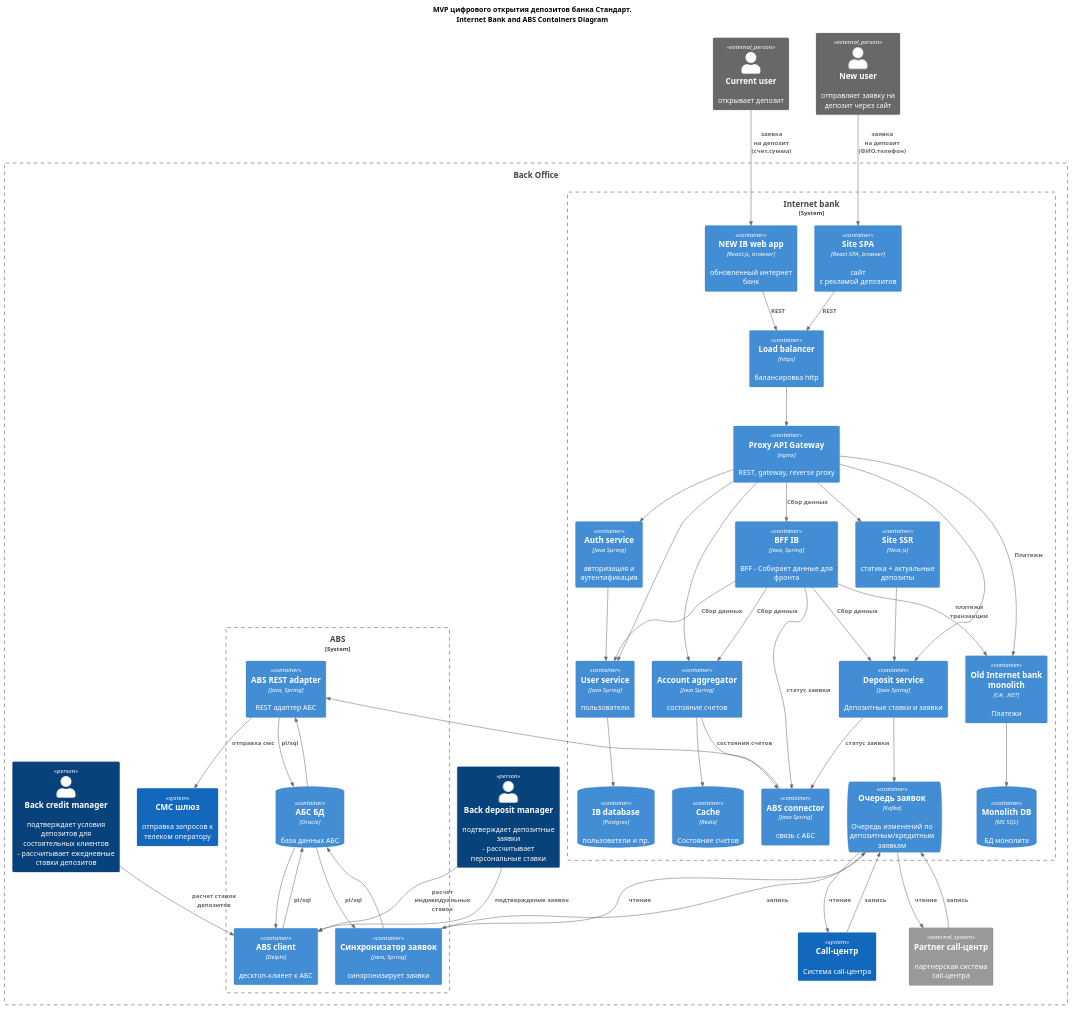
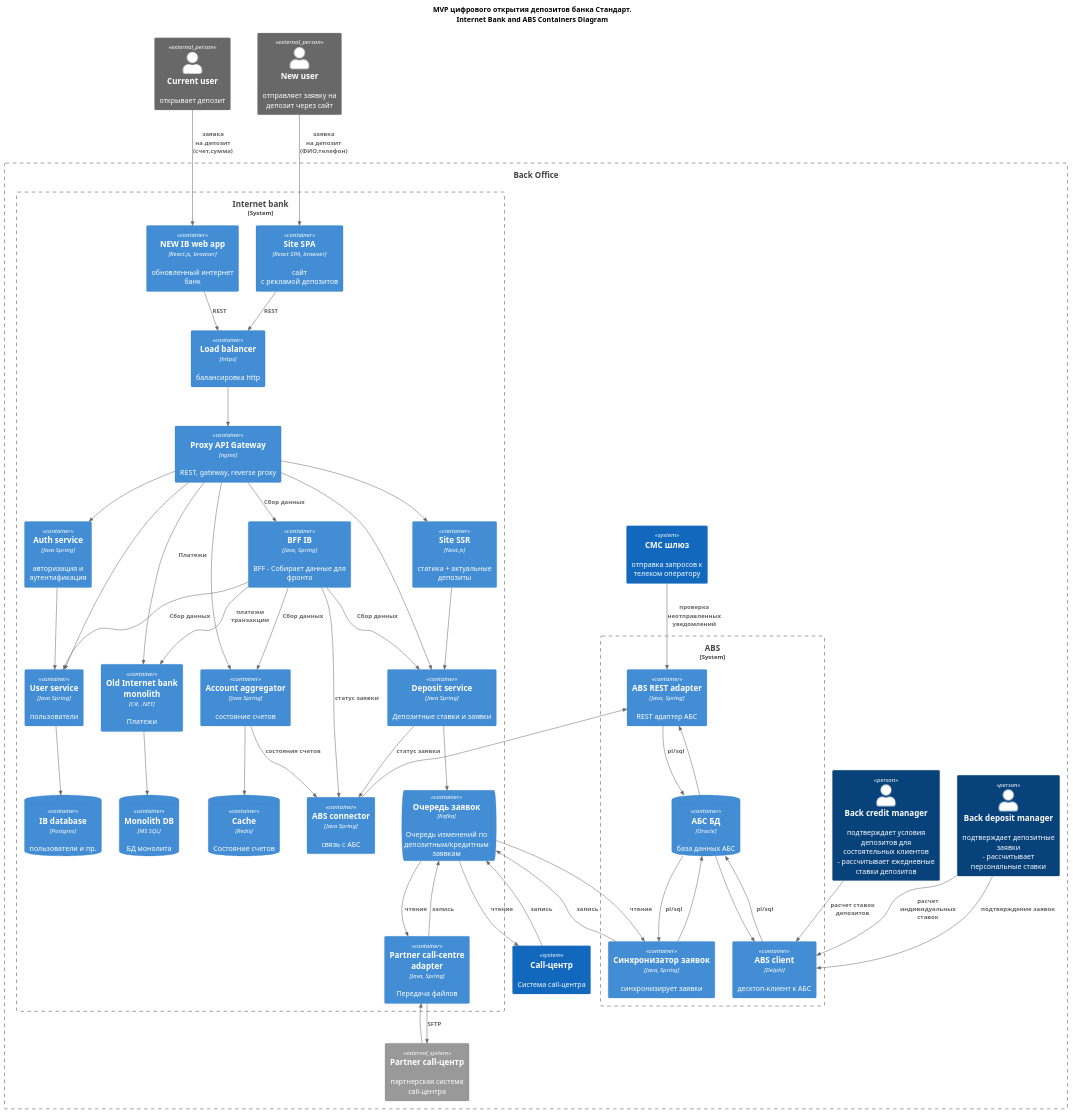
One commit to andreevcode/03_arch-pro-standart changed the diagram in Task_3/C4.2_containers_deposit.puml. Above: the diagram before and after it, drawn with PlantUML. The commit also changed 11 other files, not shown here.

First line of the commit message:
03_bank_standard: task_4 - deposit rates delivery adr with roadmap

```diff
--- a/Task_3/C4.2_containers_deposit.puml
+++ b/Task_3/C4.2_containers_deposit.puml
@@ -1,115 +1,119 @@
 @startuml
 title "MVP цифрового открытия депозитов банка Стандарт.\nInternet Bank and ABS Containers Diagram"
 
 top to bottom direction
 
 !include https://raw.githubusercontent.com/plantuml-stdlib/C4-PlantUML/master/C4_Container.puml
 
 Person_Ext(current_user, "Current user", "открывает депозит")
 Person_Ext(new_user, "New user", "отправляет заявку на депозит через сайт")
 
 Boundary(back_office, "Back Office", "") {
     System_Ext(partner_call_centre, "Partner call-центр", "партнерская система call-центра")
     System(sms_gateway, "СМС шлюз", "отправка запросов к телеком оператору")
     System(call_centre, "Call-центр", "Cистема call-центра")
 
     Person(back_deposit_manager, "Back deposit manager", "подтверждает депозитные заявки\n- рассчитывает персональные ставки")
     Person(back_credit_manager, "Back credit manager", "подтверждает условия депозитов для состоятельных клиентов\n- рассчитывает ежедневные ставки депозитов")
 
     Boundary(internet_bank, "Internet bank", "System") {
         Container(lb, "Load balancer", "https", "балансировка http")
         Container(proxy_api, "Proxy API Gateway", "nginx", "REST, gateway, reverse proxy")
         Container(auth_service, "Auth service", Java Spring, "авторизация и аутентификация")
         Container(user_service, "User service", Java Spring, "пользователи")
         Container(account_aggregator, "Account aggregator", Java Spring, "состояние счетов")
-        Container(abs_connector, "ABS connector", Java Spring, "связь с АБС")
+        Container(abs_connector, "ABS connector", "Java Spring", "связь с АБС")
+
 
         Container(front_ib, "NEW IB web app", "React.js, browser", "обновленный интернет банк")
         Container(front_site, "Site SPA", "React SPA, browser", "сайт\nс рекламой депозитов")
 
         Container(bff_ib, "BFF IB", "Java, Spring", "BFF - Собирает данные для фронта")
         Container(site, "Site SSR", "Next.js", "статика + актуальные депозиты")
 
         Container(deposit_service, "Deposit service", Java Spring, "Депозитные ставки и заявки")
 
         Container(monolith, "Old Internet bank monolith", "C#, .NET", "Платежи")
 
         ContainerDb(ic_db, "IB database", "Postgres", "пользователи и пр.")
         ContainerDb(monolith_db, "Monolith DB", "MS SQL", "БД монолита")
         ContainerDb(ib_cache, "Cache", "Redis", "Состояние счетов")
 
         ContainerQueue(requests_queue, "Очередь заявок", Kafka, "Очередь изменений по депозитным/кредитным заявкам ")
-
+        Container(partner_call_adapter, "Partner call-centre adapter", "Java, Spring", "Передача файлов")
     }
 
     Boundary(abs, "ABS", "System") {
          Container(abs_adapter, "ABS REST adapter", "Java, Spring", "REST адаптер АБС")
          Container(abs_client, "ABS client", Delphi, "десктоп-клиент к АБС")
          ContainerDb(abs_db, "АБС БД", Oracle, "база данных АБС")
          Container(request_synchronizer, "Синхронизатор заявок", "Java, Spring", "синхронизирует заявки")
-
     }
 }
 
 
 Rel(proxy_api, site," ")
 Rel(site, deposit_service," ")
 
 
 Rel(lb, proxy_api," ")
 Rel(proxy_api, user_service, " ")
 Rel(proxy_api, account_aggregator, " ")
 Rel(proxy_api, deposit_service, " ")
 Rel(proxy_api, monolith, "Платежи ")
 Rel(deposit_service, requests_queue, " ")
 Rel(proxy_api, bff_ib, "Сбор данных")
 Rel(account_aggregator, ib_cache, " ")
 
 Rel(front_ib, lb, "REST")
 Rel(front_site, lb, "REST")
 Rel(new_user, front_site,"заявка\nна депозит (ФИО,телефон)")
 
 Rel(bff_ib, account_aggregator, "Сбор данных")
 Rel(bff_ib, deposit_service, "Сбор данных")
 Rel(bff_ib, user_service, "Сбор данных")
 Rel(bff_ib, abs_connector, "статус заявки")
 Rel(bff_ib, monolith, "платежи\nтранзакции")
 
 Rel(auth_service, user_service, " ")
 
 Rel(user_service, ic_db, " ")
 Rel(monolith, monolith_db, " ")
 
 Rel(current_user, front_ib, "заявка\nна депозит (счет,сумма)")
 
 Rel(proxy_api, auth_service," ")
 Rel(abs_client, abs_db," pl/sql ")
 Rel(abs_db, abs_client, " ")
 
 Rel(account_aggregator, abs_connector, "состояния счетов")
 Rel(deposit_service, abs_connector, "статус заявки")
 
 Rel(abs_connector, abs_adapter, " ")
 
 Rel(abs_adapter, abs_db, " pl/sql ")
 Rel(abs_db, abs_adapter, " ")
 
 Rel(back_credit_manager, abs_client,"расчет ставок депозитов")
 Rel(back_deposit_manager, abs_client,"подтверждение заявок")
 Rel(back_deposit_manager, abs_client,"расчет индивидуальных ставок")
-Rel(abs_adapter, sms_gateway,"отправка смс")
+Rel(sms_gateway, abs_adapter,"проверка неотправленных уведомлений")
 
 Rel(requests_queue, call_centre,"чтение")
 Rel(call_centre, requests_queue,"запись")
-Rel(requests_queue, partner_call_centre,"чтение")
-Rel(partner_call_centre, requests_queue,"запись")
+
+Rel(requests_queue, partner_call_adapter,"чтение")
+Rel(partner_call_adapter, requests_queue,"запись")
+
+Rel(partner_call_adapter, partner_call_centre,"SFTP")
+Rel(partner_call_centre, partner_call_adapter," ")
 
 Rel(request_synchronizer, requests_queue,"запись")
 Rel(requests_queue, request_synchronizer,"чтение")
 Rel(request_synchronizer, abs_db, " ")
 Rel(abs_db, request_synchronizer, " pl/sql ")
 
 Lay_D(request_synchronizer, requests_queue)
 
 
 @enduml
```
